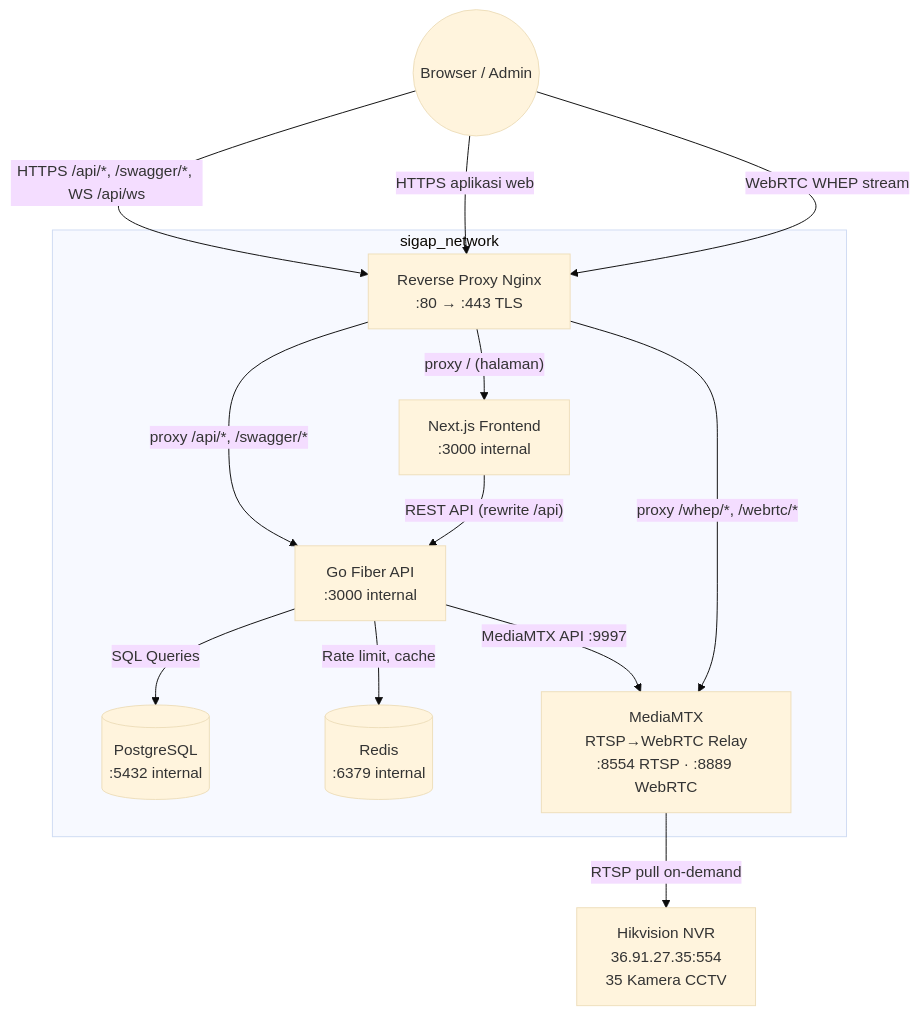
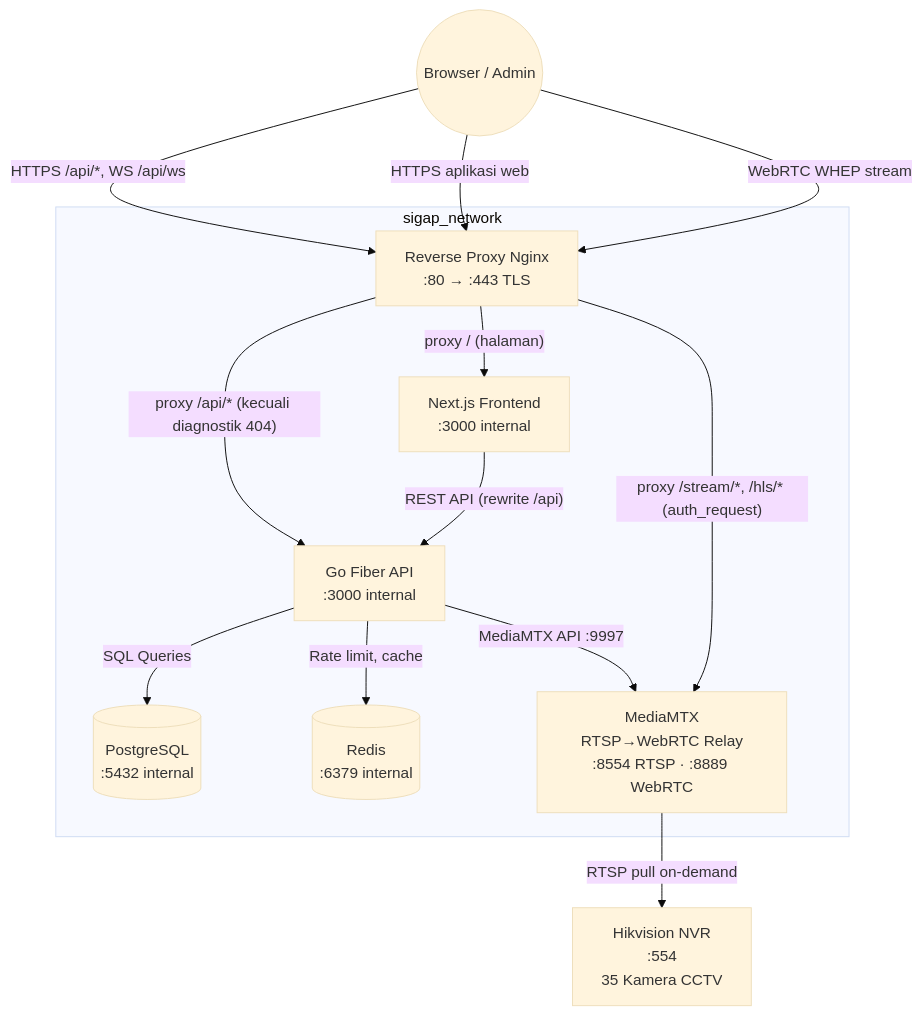
The first of 2 diagrams in docs/01-documentation/README.md (notyourkise/SIGAP), drawn with Mermaid (base theme) before and after one commit. The commit also changed other lines of this file and 35 other files, not shown here.

````diff
--- a/docs/01-documentation/README.md
+++ b/docs/01-documentation/README.md
@@ -82,32 +84,32 @@
 ```mermaid
 graph TD
     Browser((Browser / Admin))
     Nginx[Reverse Proxy Nginx\n:80 → :443 TLS]
     Frontend[Next.js Frontend\n:3000 internal]
     Backend[Go Fiber API\n:3000 internal]
     DB[(PostgreSQL\n:5432 internal)]
     Redis[(Redis\n:6379 internal)]
     MediaMTX[MediaMTX\nRTSP→WebRTC Relay\n:8554 RTSP · :8889 WebRTC]
-    NVR[Hikvision NVR\n36.91.27.35:554\n35 Kamera CCTV]
+    NVR[Hikvision NVR\n<NVR_IP>:554\n35 Kamera CCTV]
 
-    Browser -- "HTTPS /api/*, /swagger/*, WS /api/ws" --> Nginx
+    Browser -- "HTTPS /api/*, WS /api/ws" --> Nginx
     Browser -- "HTTPS aplikasi web" --> Nginx
     Browser -- "WebRTC WHEP stream" --> Nginx
-    Nginx -- "proxy /api/*, /swagger/*" --> Backend
+    Nginx -- "proxy /api/* (kecuali diagnostik 404)" --> Backend
     Nginx -- "proxy / (halaman)" --> Frontend
-    Nginx -- "proxy /whep/*, /webrtc/*" --> MediaMTX
+    Nginx -- "proxy /stream/*, /hls/* (auth_request)" --> MediaMTX
     Frontend -- "REST API (rewrite /api)" --> Backend
     Backend -- "SQL Queries" --> DB
     Backend -- "Rate limit, cache" --> Redis
     Backend -- "MediaMTX API :9997" --> MediaMTX
     MediaMTX -- "RTSP pull on-demand" --> NVR
 
     subgraph Docker Network [sigap_network]
         Nginx
         Frontend
         Backend
         DB
         Redis
         MediaMTX
     end
 ```
````
